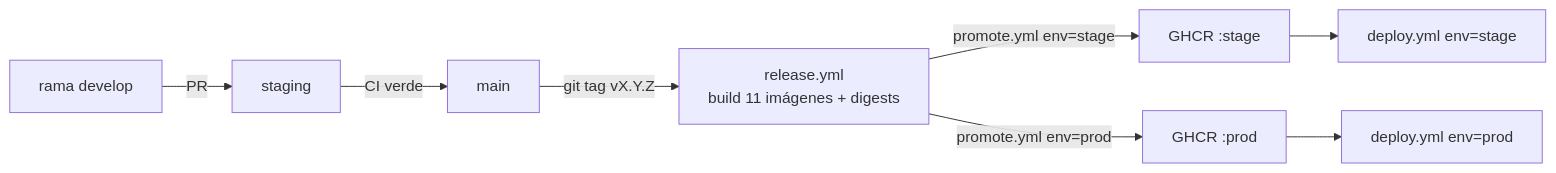
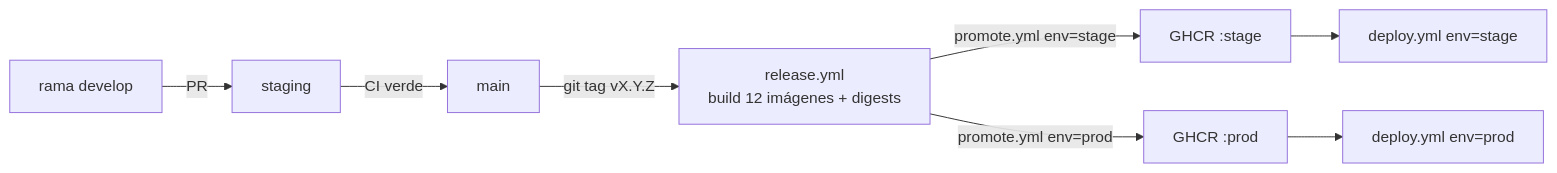
One commit to xozan845-ctrl/core-engine changed the diagram in .github/README.md. Above: the diagram before and after it, drawn with Mermaid. The commit also changed other lines of this file and 14 other files, not shown here.

````diff
--- a/.github/README.md
+++ b/.github/README.md
@@ -37,10 +39,10 @@
 ```mermaid
 flowchart LR
     A[rama develop] -->|PR| B[staging]
     B -->|CI verde| C[main]
-    C -->|git tag vX.Y.Z| R["release.yml\nbuild 11 imágenes + digests"]
+    C -->|git tag vX.Y.Z| R["release.yml\nbuild 12 imágenes + digests"]
     R -->|"promote.yml env=stage"| S["GHCR :stage"]
     R -->|"promote.yml env=prod"| P["GHCR :prod"]
     S --> DX["deploy.yml env=stage"]
     P --> DP["deploy.yml env=prod"]
 ```
````
